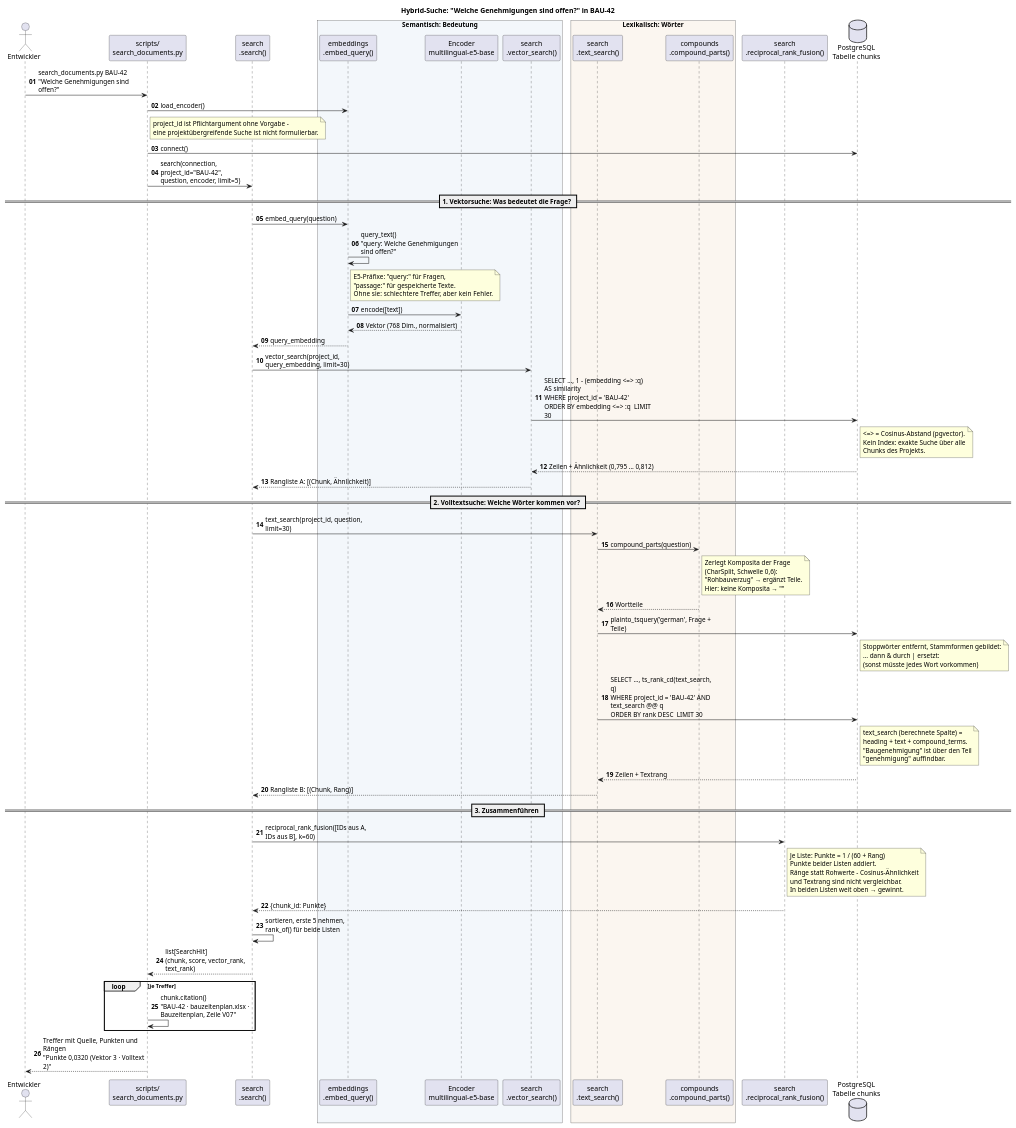
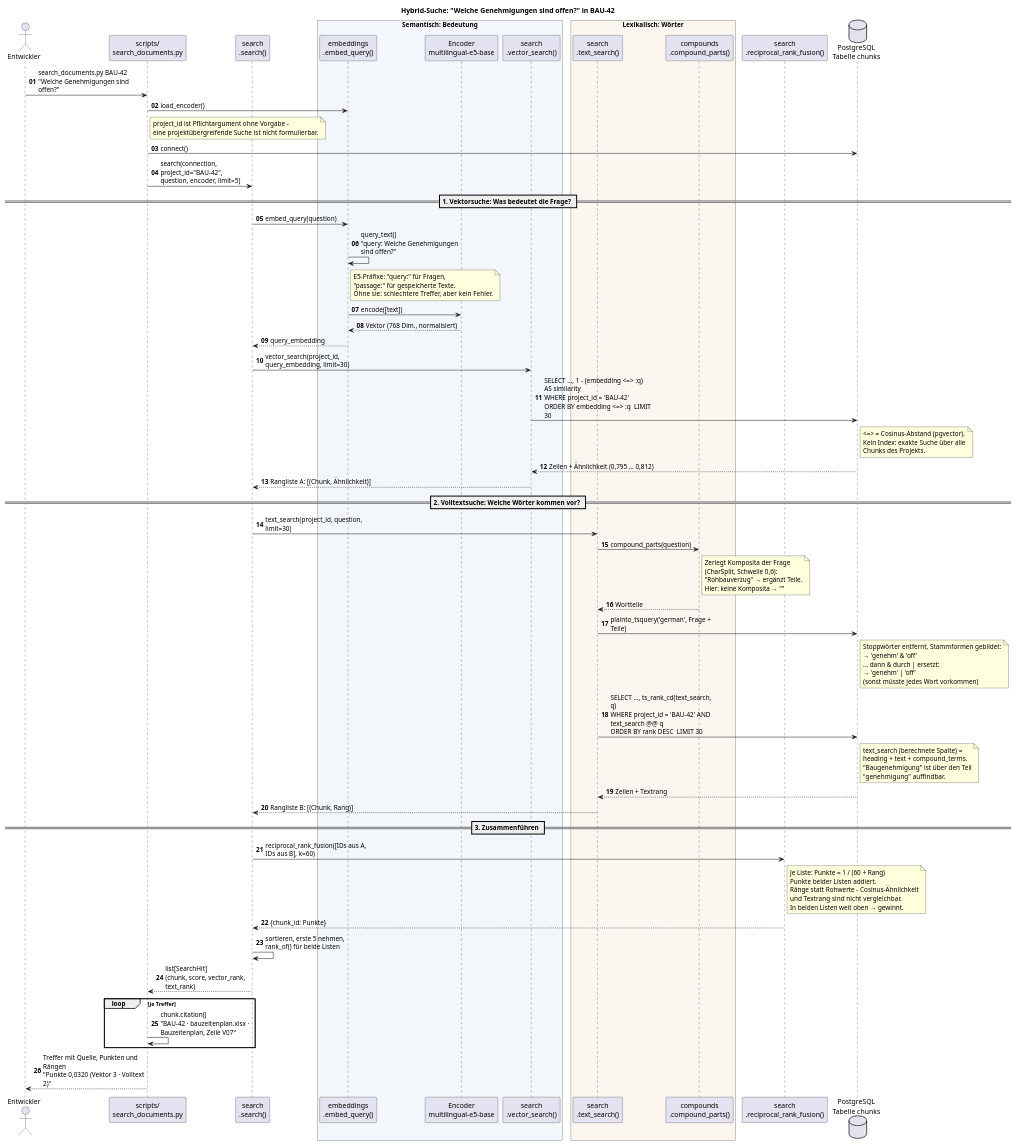
One commit to Geooorg/bauprojekt-ai-pipeline changed the diagram in docs/diagrams/search.puml. Above: the diagram before and after it, drawn with PlantUML. The commit also changed 1 other file, not shown here.

Commit message:
correct PlantUML sequence diagrams

```diff
--- a/docs/diagrams/search.puml
+++ b/docs/diagrams/search.puml
@@ -1,112 +1,112 @@
 @startuml search
 ' Hybrid-Suche: Vektorsuche + Volltextsuche, zusammengeführt per Reciprocal Rank Fusion.
 ' Funktionsnamen entsprechen src/bauprojekt/search.py, embeddings.py, compounds.py.
 ' Anzeige: IntelliJ-Plugin "PlantUML Integration" oder: plantuml -tsvg docs/diagrams/search.puml
 
 title Hybrid-Suche: "Welche Genehmigungen sind offen?" in BAU-42
 
 skinparam sequenceMessageAlign left
 skinparam responseMessageBelowArrow true
 skinparam maxMessageSize 220
 skinparam BoxPadding 8
 autonumber "<b>00"
 
 actor "Entwickler" as dev
 participant "scripts/\nsearch_documents.py" as cli
 participant "search\n.search()" as search
 
 box "Semantisch: Bedeutung" #F3F7FB
   participant "embeddings\n.embed_query()" as emb
   participant "Encoder\nmultilingual-e5-base" as encoder
   participant "search\n.vector_search()" as vsearch
 end box
 
 box "Lexikalisch: Wörter" #FBF6F0
   participant "search\n.text_search()" as tsearch
   participant "compounds\n.compound_parts()" as compounds
 end box
 
 participant "search\n.reciprocal_rank_fusion()" as rrf
 database "PostgreSQL\nTabelle chunks" as pg
 
 dev -> cli : search_documents.py BAU-42 "Welche Genehmigungen sind offen?"
 cli -> emb : load_encoder()
 note right of cli
   project_id ist Pflichtargument ohne Vorgabe –
   eine projektübergreifende Suche ist nicht formulierbar.
 end note
 cli -> pg : connect()
 cli -> search : search(connection, project_id="BAU-42",\nquestion, encoder, limit=5)
 
 == 1. Vektorsuche: Was bedeutet die Frage? ==
 
 search -> emb : embed_query(question)
 emb -> emb : query_text()\n"query: Welche Genehmigungen sind offen?"
 note right of emb
   E5-Präfixe: "query:" für Fragen,
   "passage:" für gespeicherte Texte.
   Ohne sie: schlechtere Treffer, aber kein Fehler.
 end note
 emb -> encoder : encode([text])
 encoder --> emb : Vektor (768 Dim., normalisiert)
 emb --> search : query_embedding
 
 search -> vsearch : vector_search(project_id, query_embedding, limit=30)
 vsearch -> pg : SELECT …, 1 - (embedding ~<=> :q) AS similarity\nWHERE project_id = 'BAU-42'\nORDER BY embedding ~<=> :q  LIMIT 30
 note right of pg
   ~<=> = Cosinus-Abstand (pgvector).
   Kein Index: exakte Suche über alle
   Chunks des Projekts.
 end note
 pg --> vsearch : Zeilen + Ähnlichkeit (0,795 … 0,812)
 vsearch --> search : Rangliste A: [(Chunk, Ähnlichkeit)]
 
 == 2. Volltextsuche: Welche Wörter kommen vor? ==
 
 search -> tsearch : text_search(project_id, question, limit=30)
 tsearch -> compounds : compound_parts(question)
 note right of compounds
   Zerlegt Komposita der Frage
   (CharSplit, Schwelle 0,6):
   "Rohbauverzug" → ergänzt Teile.
   Hier: keine Komposita → ""
 end note
 compounds --> tsearch : Wortteile
 tsearch -> pg : plainto_tsquery('german', Frage + Teile)
 note right of pg
   Stoppwörter entfernt, Stammformen gebildet:
-  'genehm' & 'off'
+  → 'genehm' & 'off'
   … dann & durch | ersetzt:
-  'genehm' | 'off'
+  → 'genehm' | 'off'
   (sonst müsste jedes Wort vorkommen)
 end note
 tsearch -> pg : SELECT …, ts_rank_cd(text_search, q)\nWHERE project_id = 'BAU-42' AND text_search @@ q\nORDER BY rank DESC  LIMIT 30
 note right of pg
   text_search (berechnete Spalte) =
   heading + text + compound_terms.
   "Baugenehmigung" ist über den Teil
   "genehmigung" auffindbar.
 end note
 pg --> tsearch : Zeilen + Textrang
 tsearch --> search : Rangliste B: [(Chunk, Rang)]
 
 == 3. Zusammenführen ==
 
 search -> rrf : reciprocal_rank_fusion([IDs aus A, IDs aus B], k=60)
 note right of rrf
   Je Liste: Punkte = 1 / (60 + Rang)
   Punkte beider Listen addiert.
   Ränge statt Rohwerte – Cosinus-Ähnlichkeit
   und Textrang sind nicht vergleichbar.
   In beiden Listen weit oben → gewinnt.
 end note
 rrf --> search : {chunk_id: Punkte}
 search -> search : sortieren, erste 5 nehmen,\nrank_of() für beide Listen
 search --> cli : list[SearchHit]\n(chunk, score, vector_rank, text_rank)
 
 loop je Treffer
   cli -> cli : chunk.citation()\n"BAU-42 · bauzeitenplan.xlsx · Bauzeitenplan, Zeile V07"
 end
 cli --> dev : Treffer mit Quelle, Punkten und Rängen\n"Punkte 0,0320 (Vektor 3 · Volltext 2)"
 
 @enduml
```
